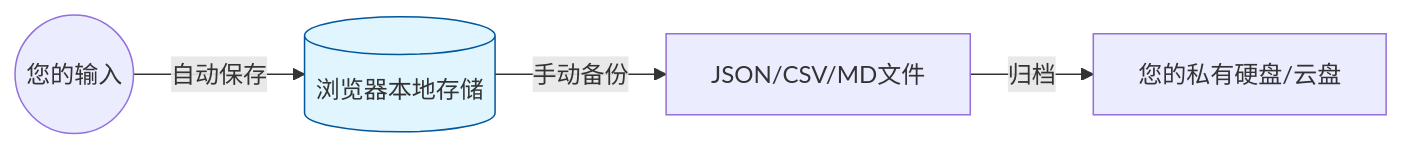
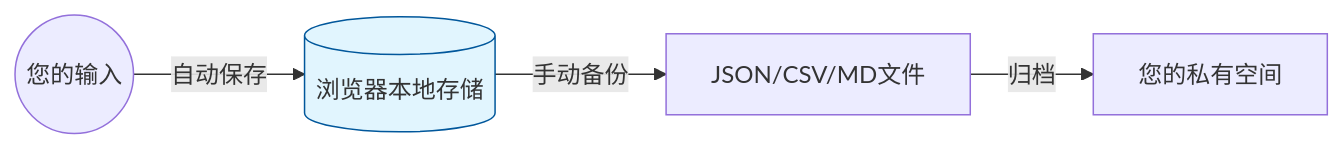
One commit to dubianmasuo/MoodControlLog changed the diagram in README.md. Above: the diagram before and after it, drawn with Mermaid.

````diff
--- a/README.md
+++ b/README.md
@@ -56,6 +56,6 @@
 ```mermaid
 graph LR
-    A((您的输入)) -- 自动保存 --> B[(浏览器本地存储)] -- 手动备份 --> C[JSON/CSV/MD文件] -- 归档 --> D[您的私有硬盘/云盘]
+    A((您的输入)) -- 自动保存 --> B[(浏览器本地存储)] -- 手动备份 --> C[JSON/CSV/MD文件] -- 归档 --> D[您的私有空间]
     style B fill:#e1f5fe,stroke:#01579b
 
 ```
````
